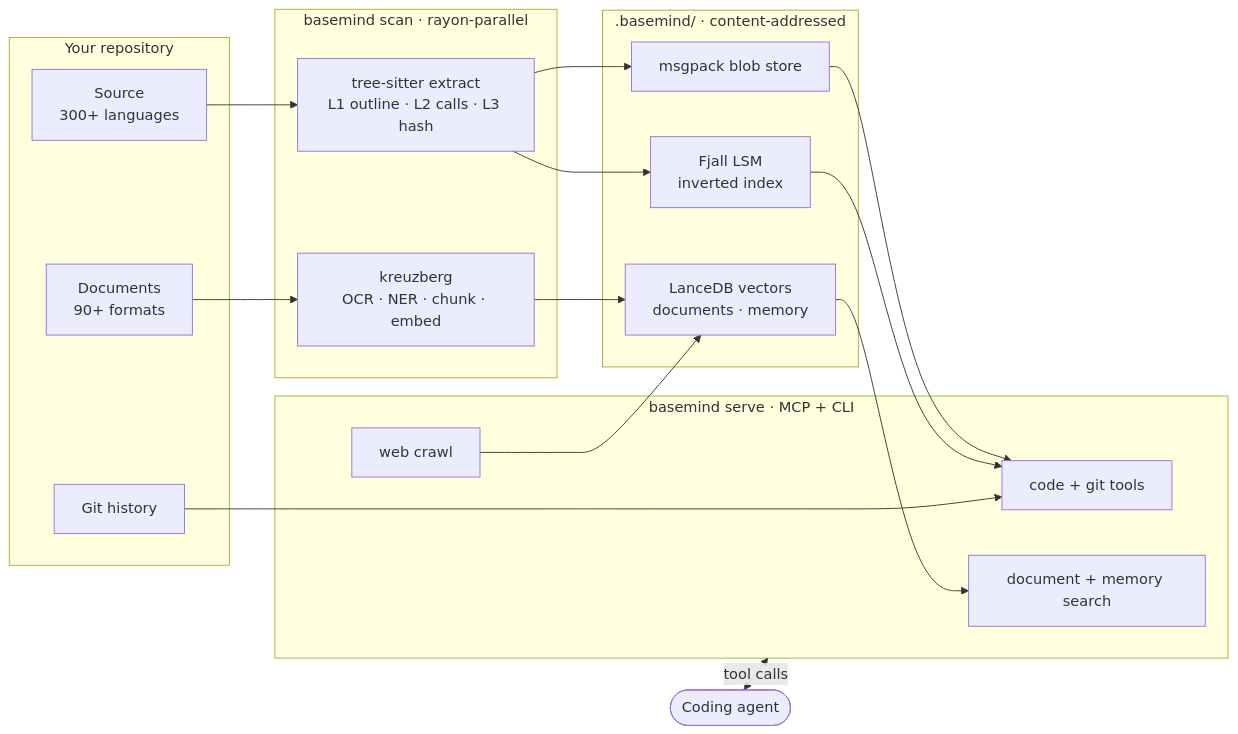
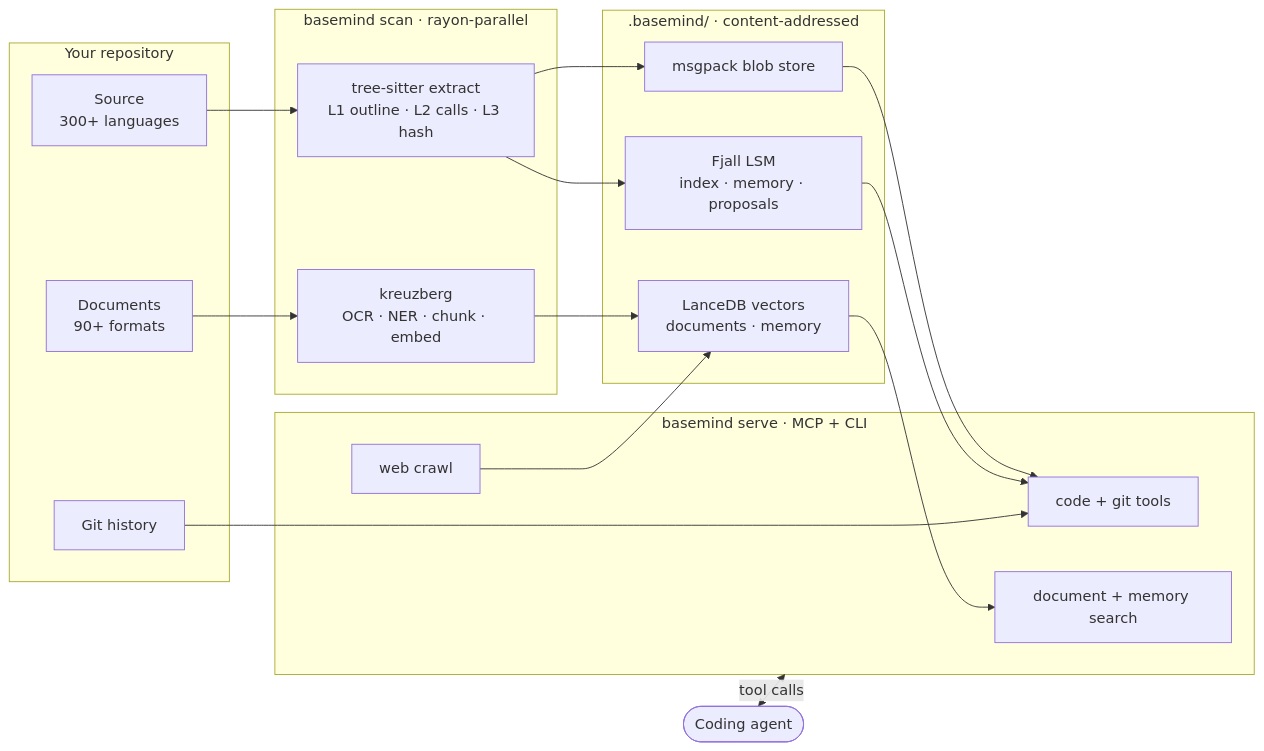
Before and after one commit to Goldziher/basemind: the first of 2 diagrams in README.md, drawn with Mermaid. The commit also changed other lines of this file and 10 other files, not shown here.

````diff
--- a/README.md
+++ b/README.md
@@ -129,34 +148,34 @@
 ```mermaid
 flowchart LR
   AGENT(["Coding agent"])
   subgraph repo["Your repository"]
     SRC["Source<br/>300+ languages"]
     DOC["Documents<br/>90+ formats"]
     GIT["Git history"]
   end
   subgraph scan["basemind scan · rayon-parallel"]
     EXT["tree-sitter extract<br/>L1 outline · L2 calls · L3 hash"]
     KZ["kreuzberg<br/>OCR · NER · chunk · embed"]
   end
   subgraph store[".basemind/ · content-addressed"]
     BLOB["msgpack blob store"]
-    IDX["Fjall LSM<br/>inverted index"]
+    IDX["Fjall LSM<br/>index · memory · proposals"]
     VEC["LanceDB vectors<br/>documents · memory"]
   end
   subgraph serve["basemind serve · MCP + CLI"]
     T1["code + git tools"]
     T2["document + memory search"]
     T3["web crawl"]
   end
   SRC --> EXT
   DOC --> KZ
   EXT --> BLOB
   EXT --> IDX
   KZ --> VEC
   T3 --> VEC
   BLOB --> T1
   IDX --> T1
   GIT --> T1
   VEC --> T2
   AGENT <-->|tool calls| serve
 ```
````
